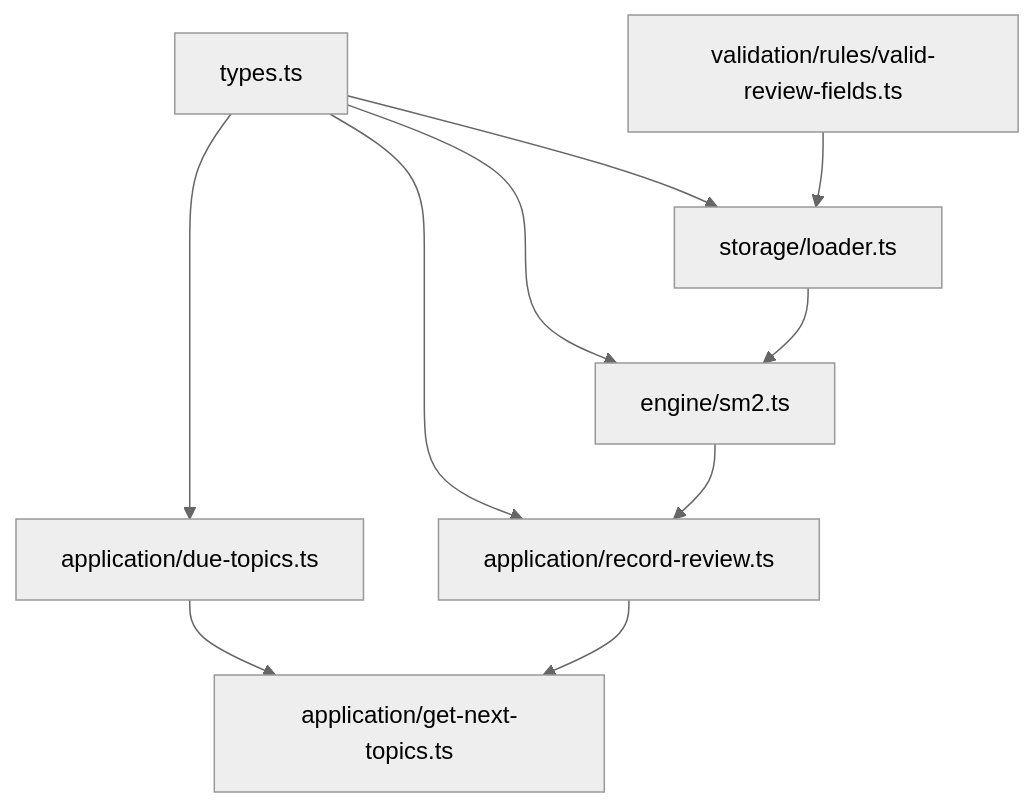
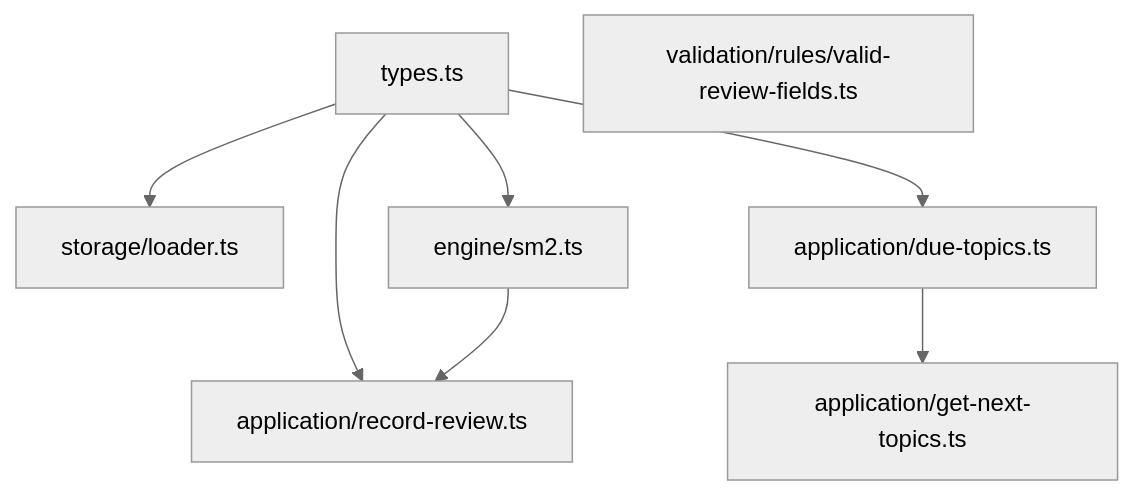
Before and after one commit to Kuldeep2822k/palee-architecture: the eighth of 8 diagrams in Data Models and Types/Review Model (SM-2 Scheduling).md, drawn with Mermaid (neutral theme). The commit also changed other lines of this file and 7 other files, not shown here.

````diff
--- a/Data Models and Types/Review Model (SM-2 Scheduling).md
+++ b/Data Models and Types/Review Model (SM-2 Scheduling).md
@@ -384,20 +380,17 @@
 ```mermaid
 graph TD
   Types["types.ts"]
   Loader["storage/loader.ts"]
   Validator["validation/rules/valid-review-fields.ts"]
   SM2["engine/sm2.ts"]
   RecordReview["application/record-review.ts"]
   DueTopics["application/due-topics.ts"]
   GetNextTopics["application/get-next-topics.ts"]
 
   Types --> Loader
   Types --> SM2
   Types --> RecordReview
   Types --> DueTopics
-  Loader --> SM2
-  Validator --> Loader
   SM2 --> RecordReview
   DueTopics --> GetNextTopics
-  RecordReview --> GetNextTopics
 ```
````
